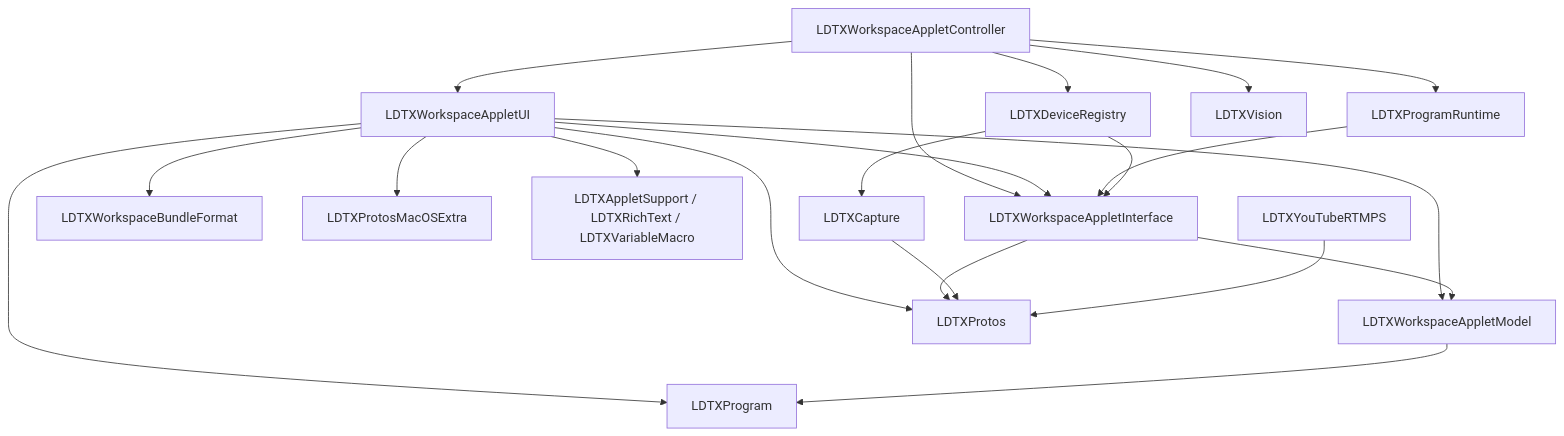
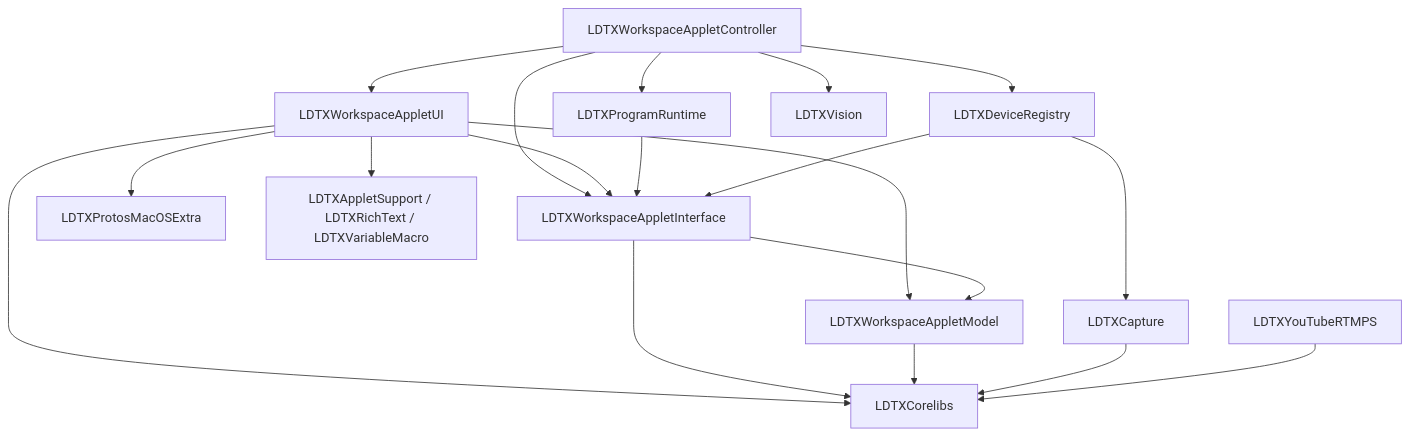
One commit to kaito-tokyo/LDTX changed the first of 2 diagrams in docs/target-dependencies.md. Above: the diagram before and after it, drawn with Mermaid. The commit also changed other lines of this file and 314 other files, not shown here.

First line of the commit message:
Merge Corelibs modules into one LDTXCorelibs target

````diff
--- a/docs/target-dependencies.md
+++ b/docs/target-dependencies.md
@@ -15,23 +15,21 @@
 ```mermaid
 flowchart TD
     Controller[LDTXWorkspaceAppletController] --> UI[LDTXWorkspaceAppletUI]
     Controller --> Runtime[LDTXProgramRuntime]
     Controller --> Devices[LDTXDeviceRegistry]
     Controller --> Vision[LDTXVision]
     Controller --> Contract[LDTXWorkspaceAppletInterface]
     UI --> Contract
     UI --> Model[LDTXWorkspaceAppletModel]
-    UI --> Protos[LDTXProtos]
-    UI --> Bundles[LDTXWorkspaceBundleFormat]
-    UI --> Program[LDTXProgram]
+    UI --> Corelibs[LDTXCorelibs]
     UI --> MacValues[LDTXProtosMacOSExtra]
     UI --> Views[LDTXAppletSupport / LDTXRichText / LDTXVariableMacro]
     Contract --> Model
-    Contract --> Protos
-    Model --> Program
+    Contract --> Corelibs
+    Model --> Corelibs
     Runtime --> Contract
     Devices --> Contract
     Devices --> Capture[LDTXCapture]
-    Capture --> Protos
-    RTMPS[LDTXYouTubeRTMPS] --> Protos
+    Capture --> Corelibs
+    RTMPS[LDTXYouTubeRTMPS] --> Corelibs
 ```
````
